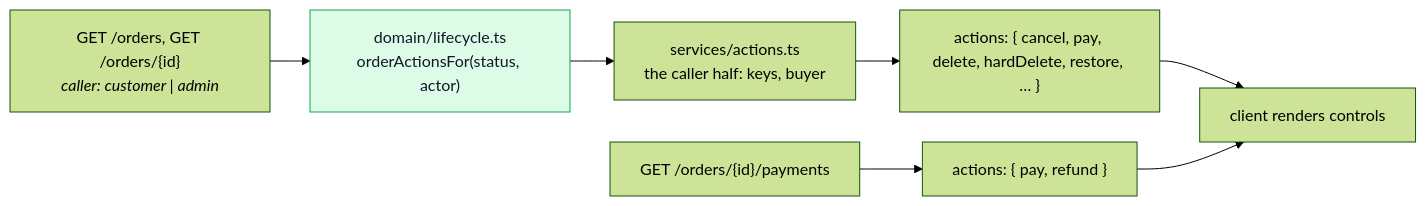
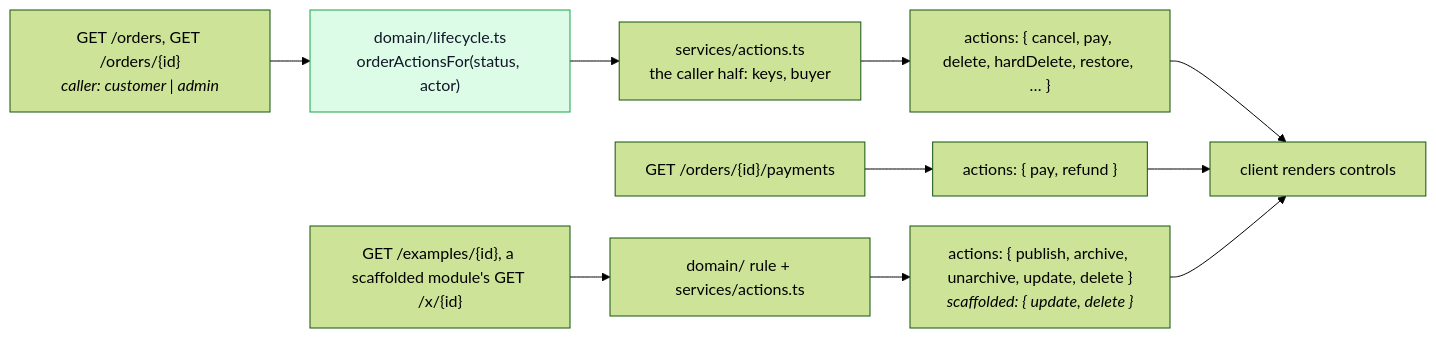
Before and after one commit to Guebbit/boilerplate-node-backend: the seventh of 12 diagrams in docs/theory/tactical-ddd.md, drawn with Mermaid (forest theme). The commit also changed 8 other files, not shown here.

First line of the commit message:
feat(scaffold): emit actions, domain/, an item read and a contract test; pin headers to example

````diff
--- a/docs/theory/tactical-ddd.md
+++ b/docs/theory/tactical-ddd.md
@@ -320,13 +320,16 @@
 ```mermaid
 %%{init: {'flowchart': {'nodeSpacing': 30, 'rankSpacing': 40}}}%%
 flowchart LR
     REQ["GET /orders, GET /orders/{id}<br/><i>caller: customer | admin</i>"] --> L["domain/lifecycle.ts<br/>orderActionsFor(status, actor)"]
     L --> C["services/actions.ts<br/>the caller half: keys, buyer"]
     C --> A["actions: { cancel, pay, delete, hardDelete, restore, … }"]
     REQ2["GET /orders/{id}/payments"] --> PA["actions: { pay, refund }"]
+    REQ3["GET /examples/{id}, a scaffolded module's GET /x/{id}"] --> E["domain/ rule + services/actions.ts"]
+    E --> EA["actions: { publish, archive, unarchive, update, delete }<br/><i>scaffolded: { update, delete }</i>"]
     A --> UI["client renders controls"]
     PA --> UI
+    EA --> UI
 
     classDef pure fill:#dcfce7,stroke:#16a34a,color:#111827;
     class L pure;
 ```
````
